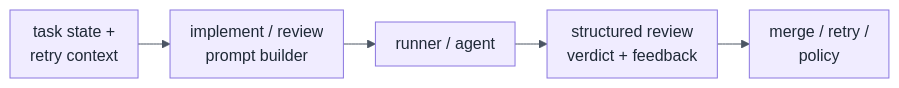
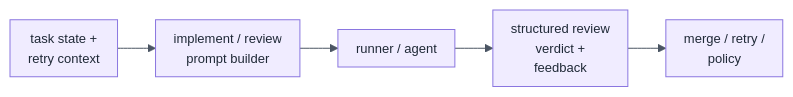
The fifth of 7 diagrams in slides.md (egv/yolo-runner), drawn with Mermaid before and after one commit. The commit also changed other lines of this file and 1 other file, not shown here.

````diff
--- a/slides.md
+++ b/slides.md
@@ -483,8 +563,8 @@
 ```mermaid
-%%{init: {'theme': 'base', 'themeVariables': { 'fontFamily': 'Inter, ui-sans-serif, system-ui', 'fontSize': '16px', 'primaryColor': '#f0ecff', 'primaryTextColor': '#1f2937', 'primaryBorderColor': '#8a76e0', 'lineColor': '#4b5563', 'secondaryColor': '#eef5ff', 'tertiaryColor': '#eefaf2' }, 'flowchart': { 'htmlLabels': true, 'curve': 'basis', 'nodeSpacing': 24, 'rankSpacing': 32, 'padding': 10 } } }%%
+%%{init: {'theme': 'base', 'themeVariables': { 'fontFamily': 'Inter, ui-sans-serif, system-ui', 'fontSize': '13px', 'primaryColor': '#f0ecff', 'primaryTextColor': '#1f2937', 'primaryBorderColor': '#8a76e0', 'lineColor': '#4b5563', 'secondaryColor': '#eef5ff', 'tertiaryColor': '#eefaf2' }, 'flowchart': { 'htmlLabels': true, 'curve': 'basis', 'nodeSpacing': 28, 'rankSpacing': 38, 'padding': 9 } } }%%
 flowchart LR
   State["task state +<br/>retry context"] --> TaskPrompt["implement / review<br/>prompt builder"]
   TaskPrompt --> Runner["runner / agent"]
-  Runner --> ReviewPrompt["structured review<br/>verdict + feedback"]
+  Runner --> ReviewPrompt["structured review<br/>verdict +<br/>feedback"]
   ReviewPrompt --> Policy["merge / retry /<br/>policy"]
 ```
````
